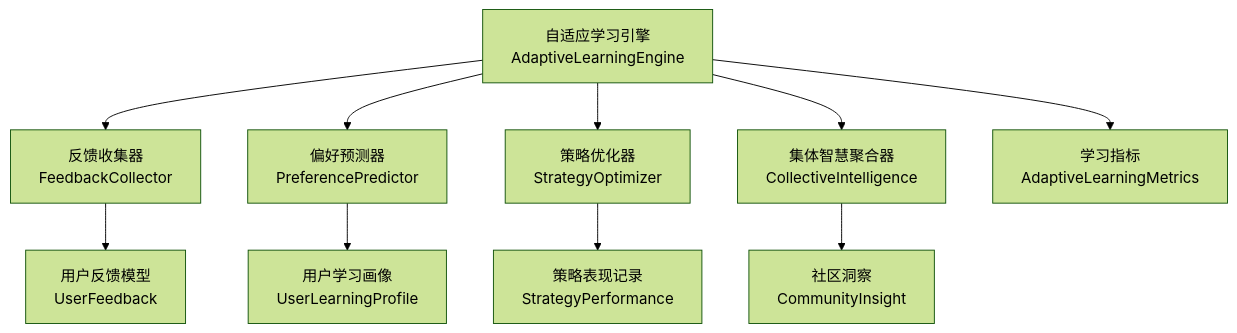
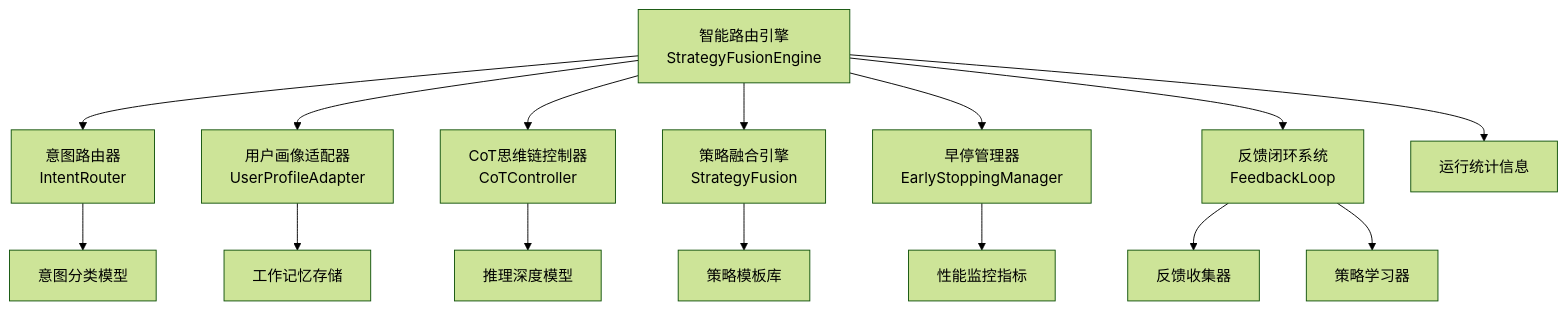
The first of 11 diagrams in .qoder/repowiki/zh/content/自适应学习系统/自适应学习系统.md (JieGaoPrinceton/NecoRAG), drawn with Mermaid (forest theme) before and after one commit. The commit also changed other lines of this file and 82 other files, not shown here.

````diff
--- a/.qoder/repowiki/zh/content/自适应学习系统/自适应学习系统.md
+++ b/.qoder/repowiki/zh/content/自适应学习系统/自适应学习系统.md
@@ -52,12 +54,17 @@
 ```mermaid
 graph TB
-Engine["自适应学习引擎<br/>AdaptiveLearningEngine"] --> FC["反馈收集器<br/>FeedbackCollector"]
-Engine --> PP["偏好预测器<br/>PreferencePredictor"]
-Engine --> SO["策略优化器<br/>StrategyOptimizer"]
-Engine --> CI["集体智慧聚合器<br/>CollectiveIntelligence"]
-FC --> FM["用户反馈模型<br/>UserFeedback"]
-PP --> UL["用户学习画像<br/>UserLearningProfile"]
-SO --> SP["策略表现记录<br/>StrategyPerformance"]
-CI --> CIIns["社区洞察<br/>CommunityInsight"]
-Engine --> ALM["学习指标<br/>AdaptiveLearningMetrics"]
+Engine["智能路由引擎<br/>StrategyFusionEngine"] --> IR["意图路由器<br/>IntentRouter"]
+Engine --> UPA["用户画像适配器<br/>UserProfileAdapter"]
+Engine --> COT["CoT思维链控制器<br/>CoTController"]
+Engine --> SF["策略融合引擎<br/>StrategyFusion"]
+Engine --> ES["早停管理器<br/>EarlyStoppingManager"]
+Engine --> FL["反馈闭环系统<br/>FeedbackLoop"]
+IR --> IRModel["意图分类模型"]
+UPA --> Memory["工作记忆存储"]
+COT --> COTModel["推理深度模型"]
+SF --> Strategies["策略模板库"]
+ES --> Metrics["性能监控指标"]
+FL --> Collector["反馈收集器"]
+FL --> Learner["策略学习器"]
+Engine --> Stats["运行统计信息"]
 ```
````
